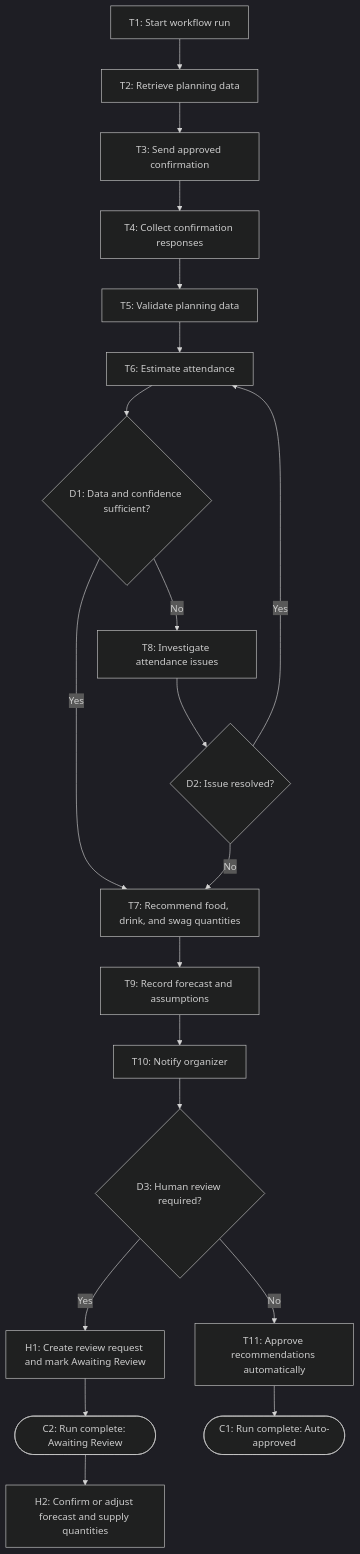
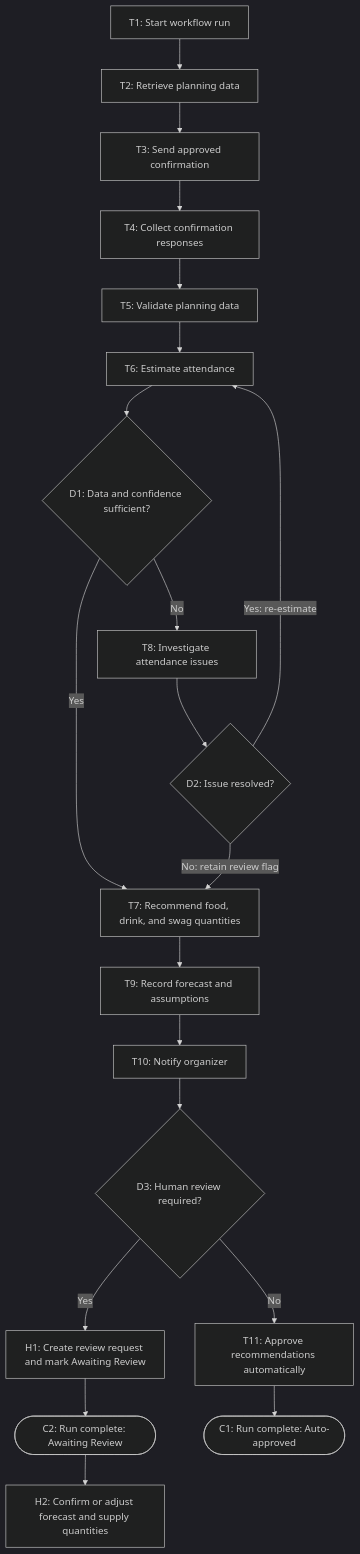
The diagram in my_first_agent/agent/workflow-of-tasks.md (pghosh-101/BUS4498_InClass_Builds), drawn with Mermaid (dark theme) before and after one commit.

````diff
--- a/my_first_agent/agent/workflow-of-tasks.md
+++ b/my_first_agent/agent/workflow-of-tasks.md
@@ -25,22 +25,22 @@
 ```mermaid
 flowchart TD
     T1["T1: Start workflow run"] --> T2["T2: Retrieve planning data"]
     T2 --> T3["T3: Send approved confirmation"]
     T3 --> T4["T4: Collect confirmation responses"]
     T4 --> T5["T5: Validate planning data"]
     T5 --> T6["T6: Estimate attendance"]
     T6 --> D1{"D1: Data and confidence sufficient?"}
     D1 -->|Yes| T7["T7: Recommend food, drink, and swag quantities"]
     D1 -->|No| T8["T8: Investigate attendance issues"]
     T8 --> D2{"D2: Issue resolved?"}
-    D2 -->|Yes| T6
-    D2 -->|No| T7
+    D2 -->|Yes: re-estimate| T6
+    D2 -->|No: retain review flag| T7
     T7 --> T9["T9: Record forecast and assumptions"]
     T9 --> T10["T10: Notify organizer"]
     T10 --> D3{"D3: Human review required?"}
     D3 -->|Yes| H1["H1: Create review request and mark Awaiting Review"]
     D3 -->|No| T11["T11: Approve recommendations automatically"]
     H1 --> C2([C2: Run complete: Awaiting Review])
     C2 --> H2["H2: Confirm or adjust forecast and supply quantities"]
     T11 --> C1([C1: Run complete: Auto-approved])
 ```
````
